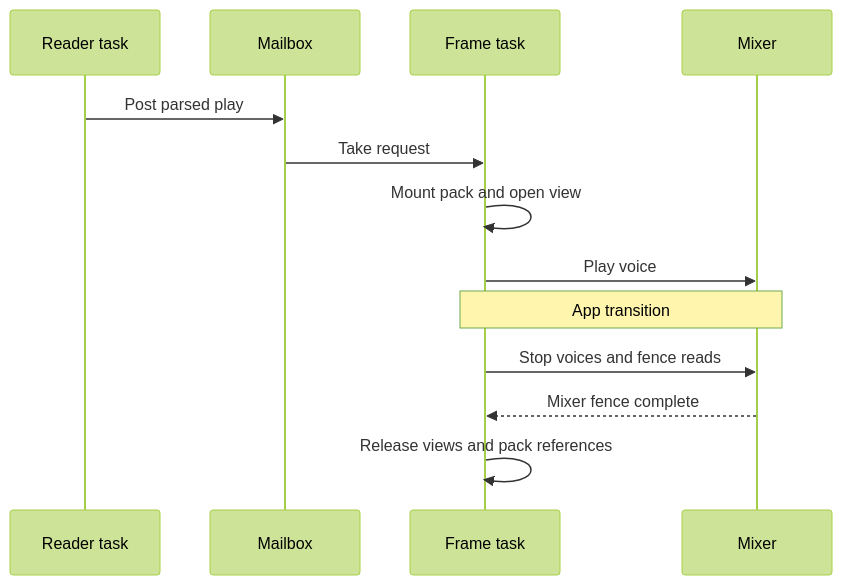
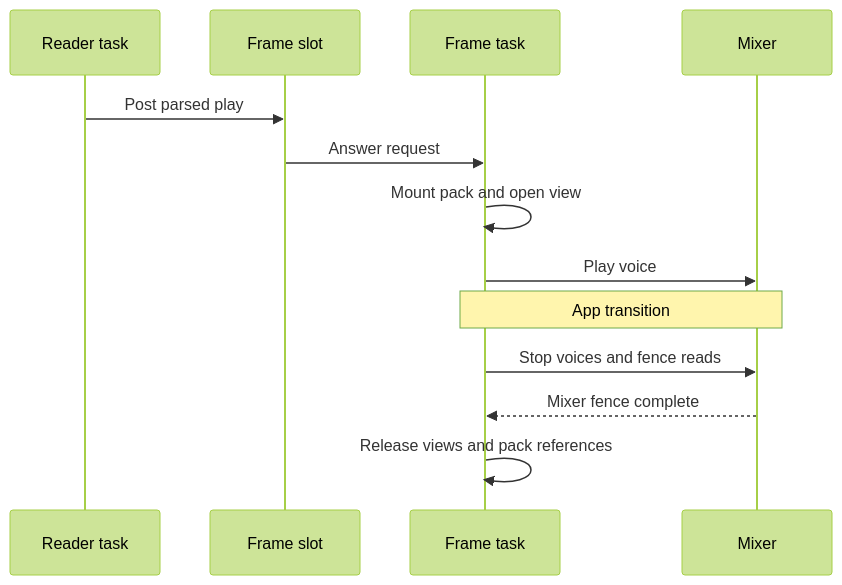
One commit to jose-villegas/autana changed the first of 5 diagrams in docs/audio/Sound-Mixer.md. Above: the diagram before and after it, drawn with Mermaid (forest theme). The commit also changed 19 other files, not shown here.

First line of the commit message:
console: frame slots per verb owner replace the closed request struct

````diff
--- a/docs/audio/Sound-Mixer.md
+++ b/docs/audio/Sound-Mixer.md
@@ -352,15 +352,15 @@
 ```mermaid
 sequenceDiagram
     participant Reader as Reader task
-    participant Mailbox
+    participant Slot as Frame slot
     participant Frame as Frame task
     participant Mixer
-    Reader->>Mailbox: Post parsed play
-    Mailbox->>Frame: Take request
+    Reader->>Slot: Post parsed play
+    Slot->>Frame: Answer request
     Frame->>Frame: Mount pack and open view
     Frame->>Mixer: Play voice
     Note over Frame,Mixer: App transition
     Frame->>Mixer: Stop voices and fence reads
     Mixer-->>Frame: Mixer fence complete
     Frame->>Frame: Release views and pack references
 ```
````
